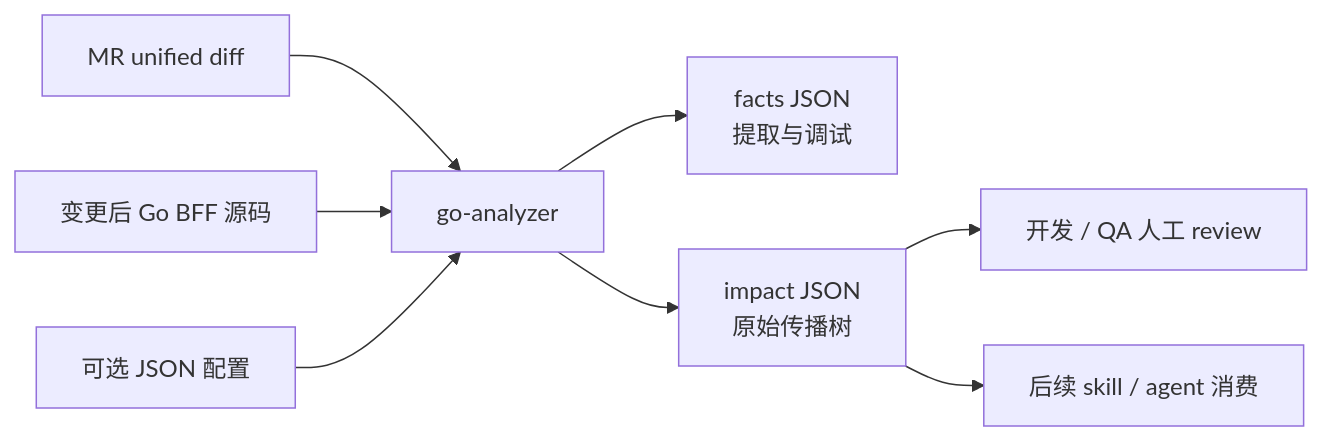
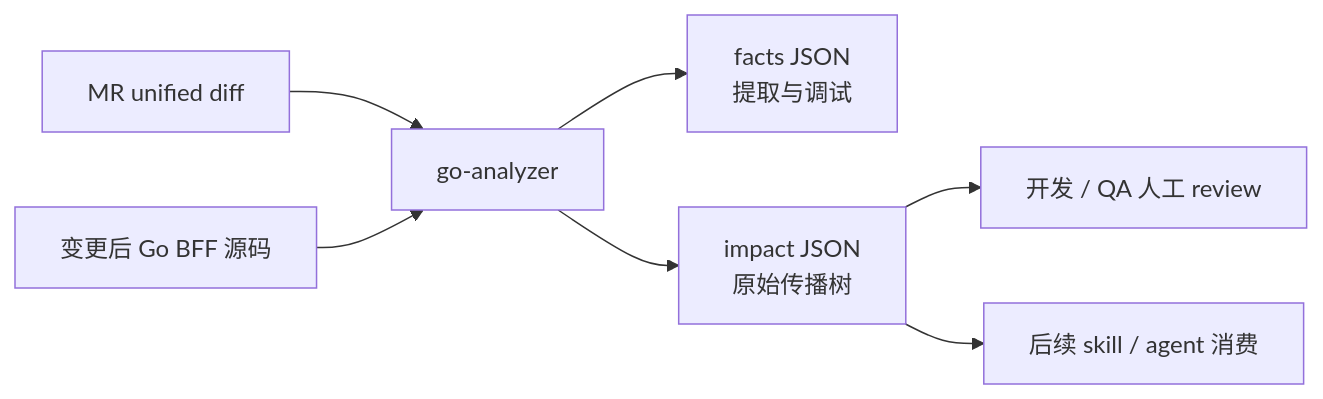
Before and after one commit to Flying-Bird1999/go-analyzer: the first of 5 diagrams in ARCHITECTURE.md, drawn with Mermaid. The commit also changed other lines of this file and 54 other files, not shown here.

````diff
--- a/ARCHITECTURE.md
+++ b/ARCHITECTURE.md
@@ -79,10 +79,9 @@
 ```mermaid
 flowchart LR
     MR["MR unified diff"] --> Analyzer["go-analyzer"]
     Head["变更后 Go BFF 源码"] --> Analyzer
-    Config["可选 JSON 配置"] --> Analyzer
     Analyzer --> Facts["facts JSON<br/>提取与调试"]
     Analyzer --> Impact["impact JSON<br/>原始传播树"]
     Impact --> Human["开发 / QA 人工 review"]
     Impact --> Agent["后续 skill / agent 消费"]
 ```
````
